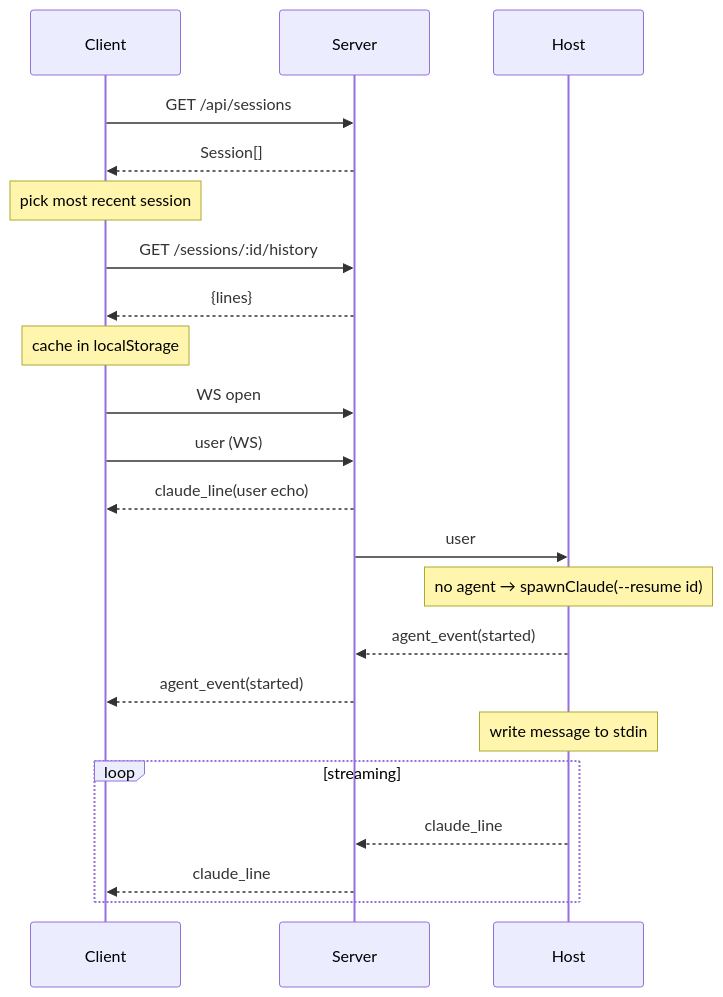
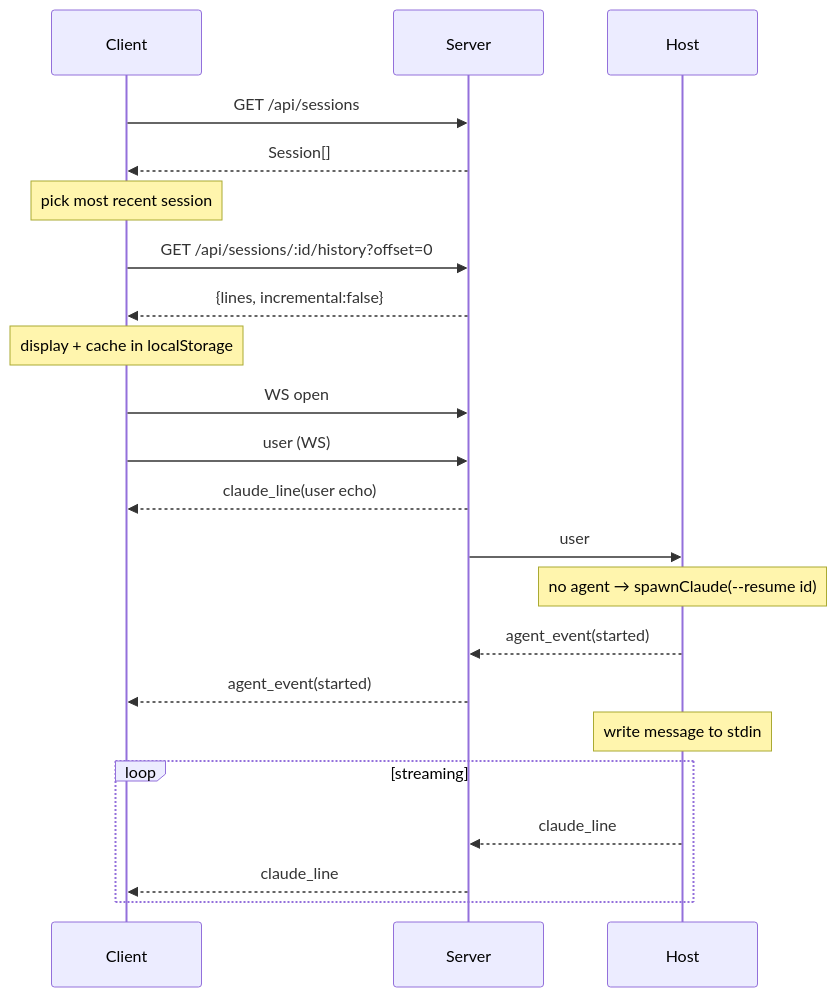
Before and after one commit to danlkv/codette: the first of 5 diagrams in protocol.spec.md, drawn with Mermaid. The commit also changed other lines of this file and 10 other files, not shown here.

````diff
--- a/protocol.spec.md
+++ b/protocol.spec.md
@@ -155,24 +162,24 @@
 ```mermaid
 sequenceDiagram
     participant C as Client
     participant S as Server
     participant H as Host
     C->>S: GET /api/sessions
     S-->>C: Session[]
     Note over C: pick most recent session
-    C->>S: GET /sessions/:id/history
-    S-->>C: {lines}
-    Note over C: cache in localStorage
+    C->>S: GET /api/sessions/:id/history?offset=0
+    S-->>C: {lines, incremental:false}
+    Note over C: display + cache in localStorage
     C->>S: WS open
     C->>S: user (WS)
     S-->>C: claude_line(user echo)
     S->>H: user
     Note over H: no agent → spawnClaude(--resume id)
     H-->>S: agent_event(started)
     S-->>C: agent_event(started)
     Note over H: write message to stdin
     loop streaming
         H-->>S: claude_line
         S-->>C: claude_line
     end
 ```
````
